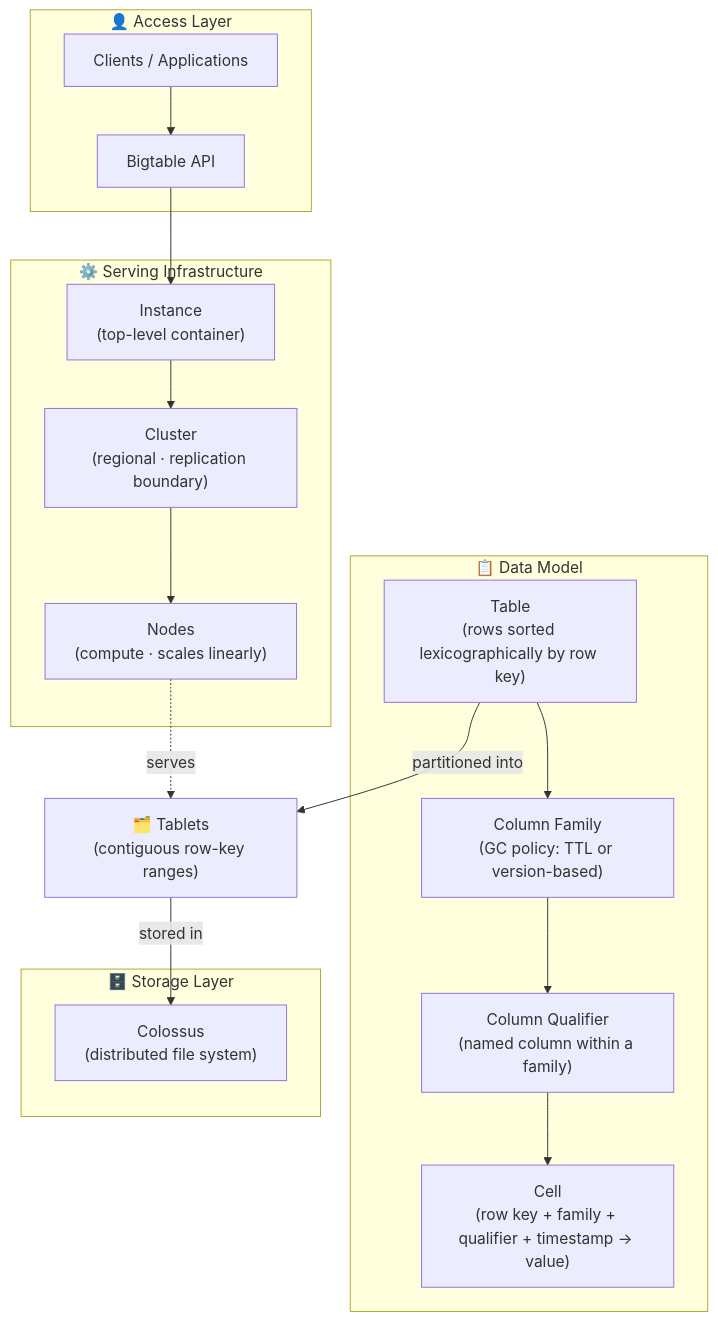
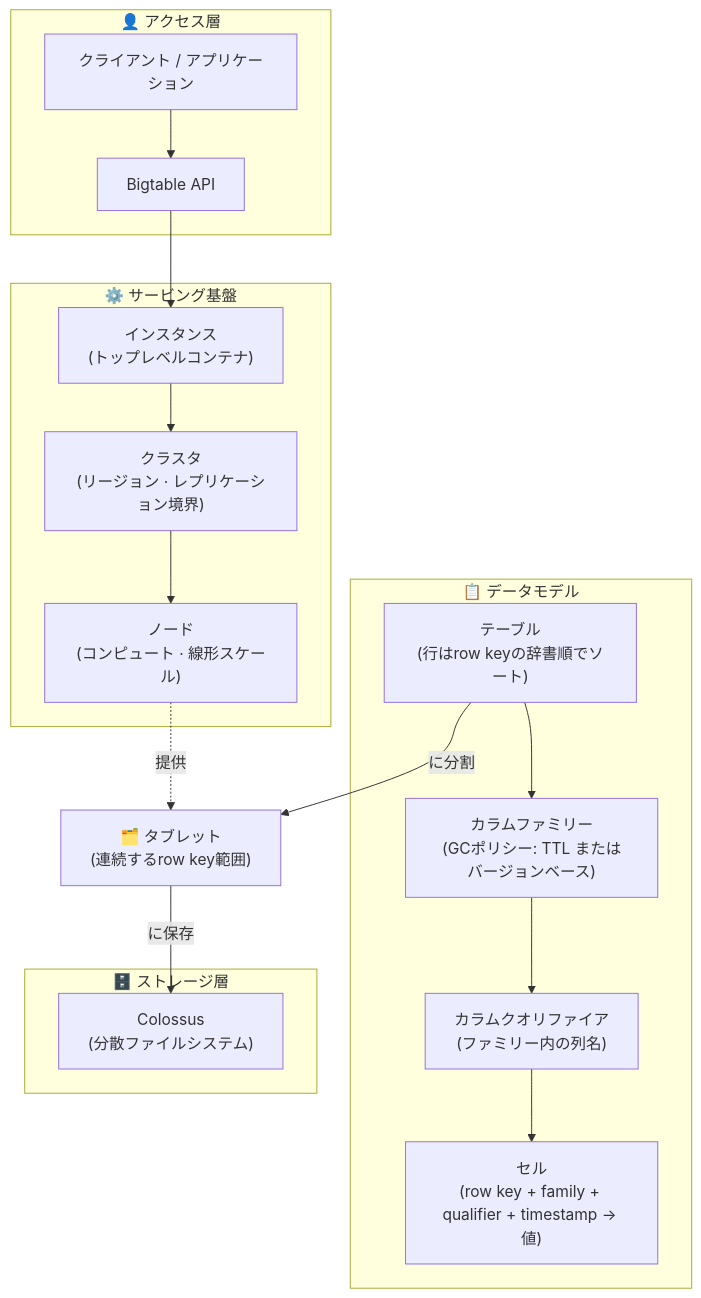
One commit to Maskish86/gcp-pde-exam-guide-ja changed the first of 2 diagrams in content/OperationalDBs/Bigtable.md. Above: the diagram before and after it, drawn with Mermaid. The commit also changed other lines of this file and 30 other files, not shown here.

````diff
--- a/content/OperationalDBs/Bigtable.md
+++ b/content/OperationalDBs/Bigtable.md
@@ -21,46 +21,46 @@
 ```mermaid
 flowchart TB
 
 %% ACCESS
-subgraph ACCESS["👤 Access Layer"]
-    APP["Clients / Applications"]
+subgraph ACCESS["👤 アクセス層"]
+    APP["クライアント / アプリケーション"]
     API["Bigtable API"]
 end
 
 %% INFRASTRUCTURE
-subgraph INFRA["⚙️ Serving Infrastructure"]
-    INST["Instance<br/>(top-level container)"]
-    CL["Cluster<br/>(regional · replication boundary)"]
-    ND["Nodes<br/>(compute · scales linearly)"]
+subgraph INFRA["⚙️ サービング基盤"]
+    INST["インスタンス<br/>(トップレベルコンテナ)"]
+    CL["クラスタ<br/>(リージョン · レプリケーション境界)"]
+    ND["ノード<br/>(コンピュート · 線形スケール)"]
     INST --> CL --> ND
 end
 
 %% TABLETS — bridge between data model and serving/storage
-TAB["🗂️ Tablets<br/>(contiguous row-key ranges)"]
+TAB["🗂️ タブレット<br/>(連続するrow key範囲)"]
 
 %% DATA MODEL
-subgraph DATA["📋 Data Model"]
-    TBL["Table<br/>(rows sorted lexicographically by row key)"]
-    CF["Column Family<br/>(GC policy: TTL or version-based)"]
-    CQ["Column Qualifier<br/>(named column within a family)"]
-    CELL["Cell<br/>(row key + family + qualifier + timestamp → value)"]
+subgraph DATA["📋 データモデル"]
+    TBL["テーブル<br/>(行はrow keyの辞書順でソート)"]
+    CF["カラムファミリー<br/>(GCポリシー: TTL またはバージョンベース)"]
+    CQ["カラムクオリファイア<br/>(ファミリー内の列名)"]
+    CELL["セル<br/>(row key + family + qualifier + timestamp → 値)"]
     TBL --> CF --> CQ --> CELL
 end
 
 %% STORAGE
-subgraph STORE["🗄️ Storage Layer"]
-    COL["Colossus<br/>(distributed file system)"]
+subgraph STORE["🗄️ ストレージ層"]
+    COL["Colossus<br/>(分散ファイルシステム)"]
 end
 
 %% ACCESS FLOW
 APP --> API --> INST
 
 %% TABLE PARTITIONED INTO TABLETS
-TBL -->|partitioned into| TAB
+TBL -->|に分割| TAB
 
 %% NODES SERVE TABLETS (not own — tablets can move between nodes)
-ND -.->|serves| TAB
+ND -.->|提供| TAB
 
 %% TABLETS STORED IN COLOSSUS
-TAB -->|stored in| COL
+TAB -->|に保存| COL
 ```
````
